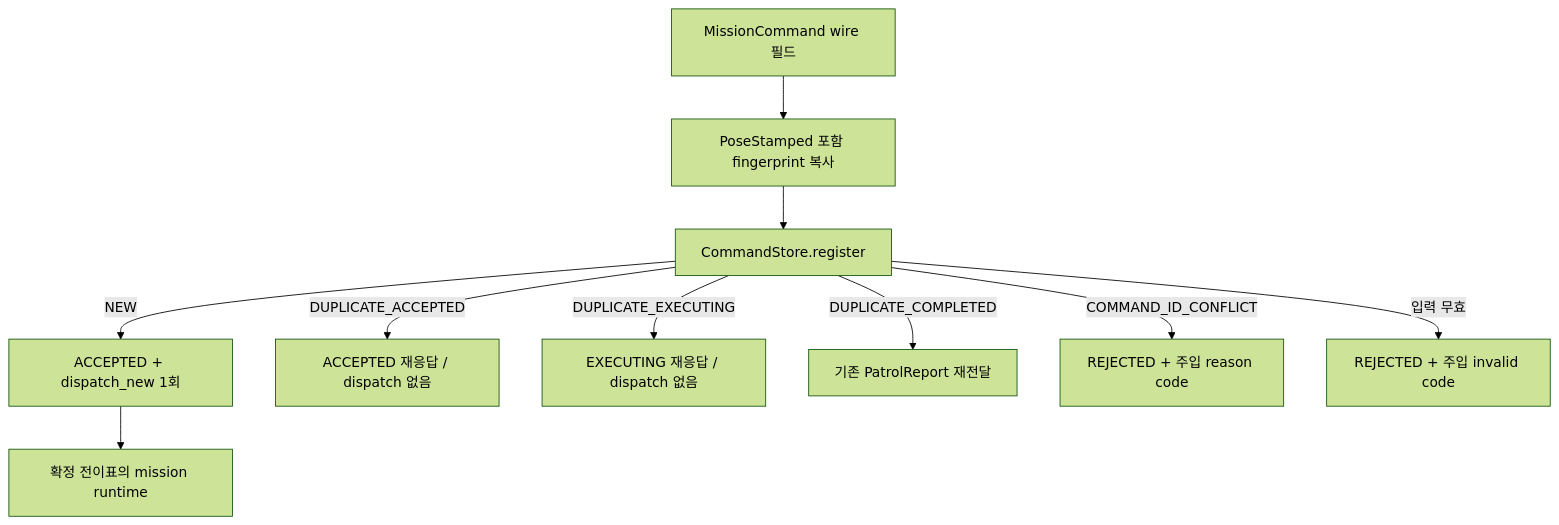
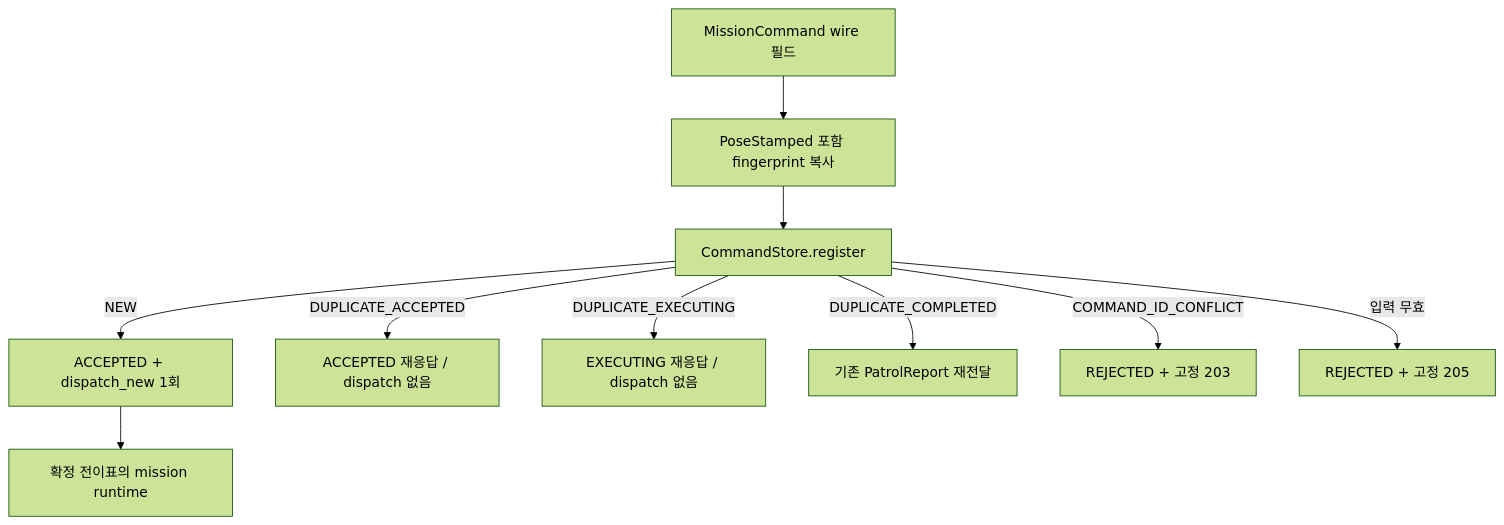
One commit to suuuhululu/patrol changed the fourth of 20 diagrams in docs/amr.md. Above: the diagram before and after it, drawn with Mermaid (forest theme). The commit also changed other lines of this file and 56 other files, not shown here.

```diff
--- a/docs/amr.md
+++ b/docs/amr.md
@@ -174,12 +174,12 @@
 ~~~mermaid
 flowchart TD
     RX[MissionCommand wire 필드] --> COPY[PoseStamped 포함 fingerprint 복사]
     COPY --> STORE[CommandStore.register]
     STORE -->|NEW| ACCEPT[ACCEPTED + dispatch_new 1회]
     STORE -->|DUPLICATE_ACCEPTED| ACKA[ACCEPTED 재응답 / dispatch 없음]
     STORE -->|DUPLICATE_EXECUTING| ACKE[EXECUTING 재응답 / dispatch 없음]
     STORE -->|DUPLICATE_COMPLETED| REPORT[기존 PatrolReport 재전달]
-    STORE -->|COMMAND_ID_CONFLICT| REJECT[REJECTED + 주입 reason code]
-    STORE -->|입력 무효| INVALID[REJECTED + 주입 invalid code]
+    STORE -->|COMMAND_ID_CONFLICT| REJECT[REJECTED + 고정 203]
+    STORE -->|입력 무효| INVALID[REJECTED + 고정 205]
     ACCEPT --> PENDING[확정 전이표의 mission runtime]
 ~~~
```
